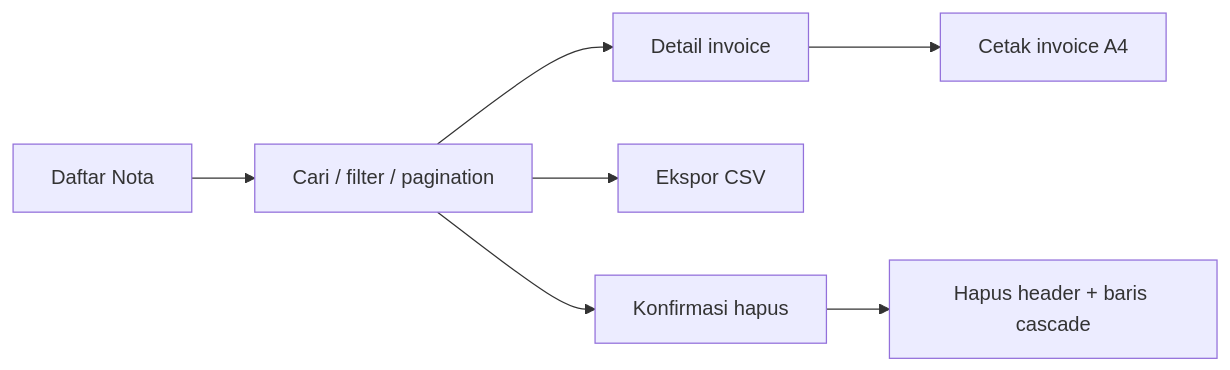
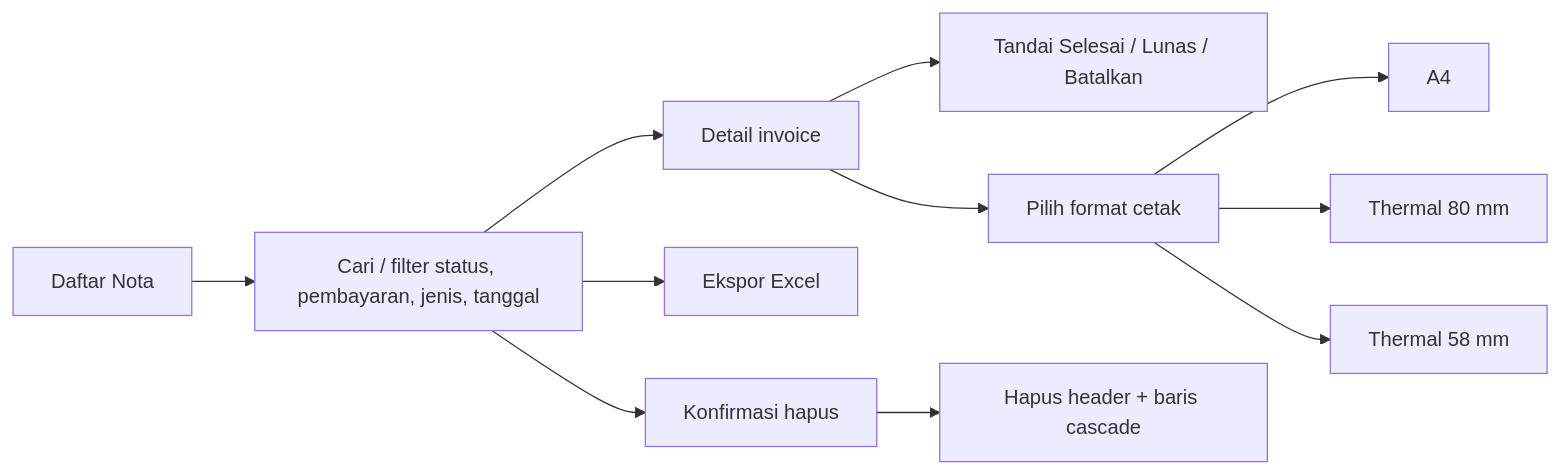
One commit to ekoalfatindo/management-laundry changed the fifth of 9 diagrams in docs/BUSINESS_WORKFLOW.md. Above: the diagram before and after it, drawn with Mermaid. The commit also changed other lines of this file and 12 other files, not shown here.

````diff
--- a/docs/BUSINESS_WORKFLOW.md
+++ b/docs/BUSINESS_WORKFLOW.md
@@ -117,9 +153,13 @@
 ```mermaid
 flowchart LR
-    A[Daftar Nota] --> B[Cari / filter / pagination]
+    A[Daftar Nota] --> B[Cari / filter status, pembayaran, jenis, tanggal]
     B --> C[Detail invoice]
-    C --> D[Cetak invoice A4]
-    B --> E[Ekspor CSV]
-    B --> F[Konfirmasi hapus]
-    F --> G[Hapus header + baris cascade]
+    C --> D[Tandai Selesai / Lunas / Batalkan]
+    C --> E[Pilih format cetak]
+    E --> F[A4]
+    E --> G[Thermal 80 mm]
+    E --> H[Thermal 58 mm]
+    B --> I[Ekspor Excel]
+    B --> J[Konfirmasi hapus]
+    J --> K[Hapus header + baris cascade]
 ```
````
